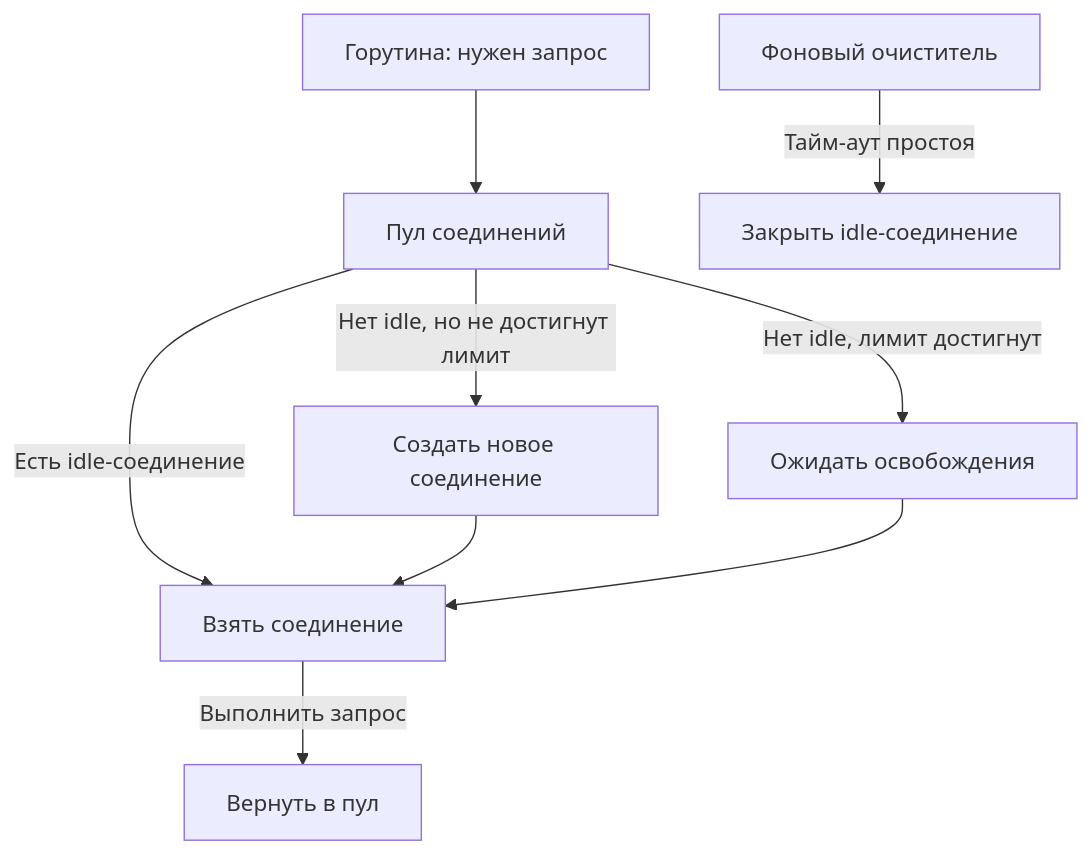
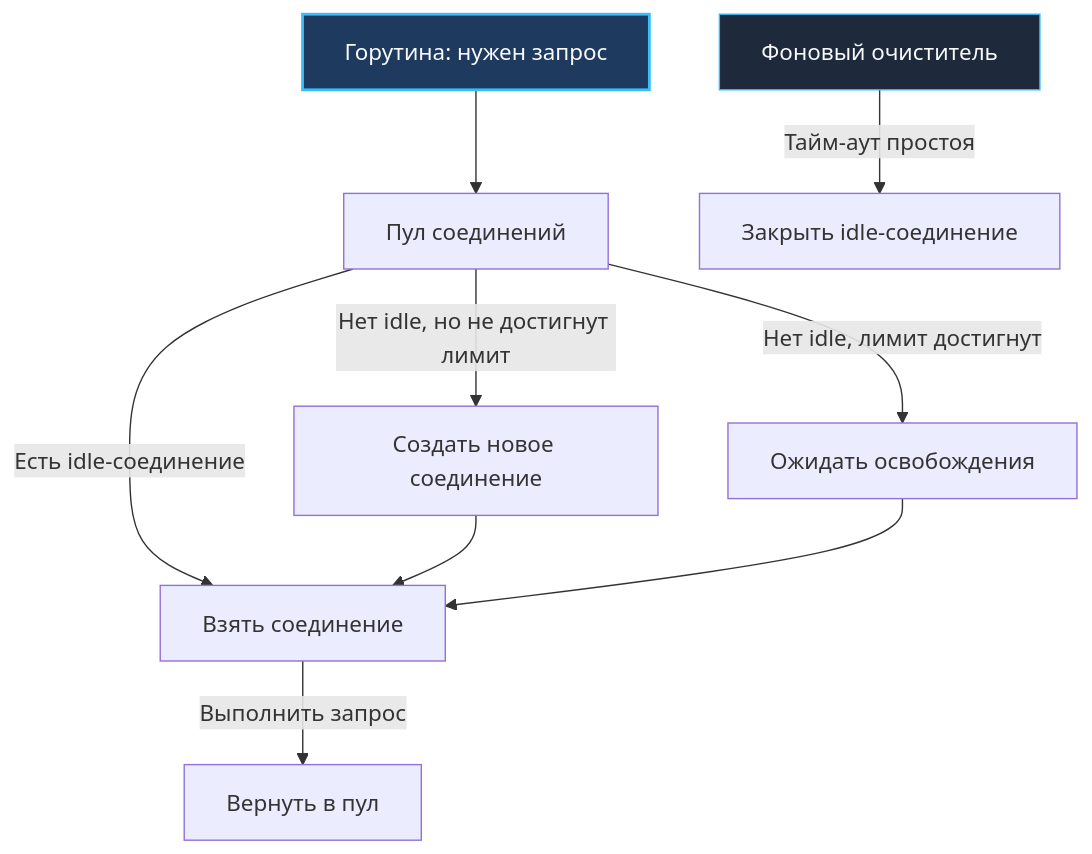
Before and after one commit to UnrealTemplier/go-textbook: the first of 2 diagrams in sources/16. Профилирование, отладка и производительность/07. IO и системный уровень/8. Connection pooling.md, drawn with Mermaid. The commit also changed other lines of this file and 1666 other files, not shown here.

First line of the commit message:
feat(mermaid): add semantic color classDef to 1369 colorless flowchart/graph diagrams

````diff
--- a/sources/16. Профилирование, отладка и производительность/07. IO и системный уровень/8. Connection pooling.md
+++ b/sources/16. Профилирование, отладка и производительность/07. IO и системный уровень/8. Connection pooling.md
@@ -27,12 +27,22 @@
 ```mermaid
 flowchart TD
-    Request["Горутина: нужен запрос"] --> Pool["Пул соединений"]
+    classDef process  fill:#1e293b,stroke:#38bdf8,stroke-width:1px,color:#f8fafc
+    classDef success  fill:#064e3b,stroke:#34d399,stroke-width:1px,color:#f8fafc
+    classDef error    fill:#7f1d1d,stroke:#f87171,stroke-width:1px,color:#f8fafc
+    classDef warning  fill:#78350f,stroke:#fbbf24,stroke-width:1px,color:#f8fafc
+    classDef entry    fill:#1e3a5f,stroke:#38bdf8,stroke-width:2px,color:#f8fafc
+    classDef aux      fill:#334155,stroke:#64748b,stroke-width:1px,color:#f8fafc
+    classDef system   fill:#312e81,stroke:#a78bfa,stroke-width:1px,color:#f8fafc
+    classDef data     fill:#132d29,stroke:#2dd4bf,stroke-width:1px,color:#f8fafc
+    classDef network  fill:#881337,stroke:#fb7185,stroke-width:1px,color:#f8fafc
+    classDef accent   fill:#1e1b4b,stroke:#818cf8,stroke-width:1px,color:#f8fafc
+    Request["Горутина: нужен запрос"]:::entry --> Pool["Пул соединений"]
     Pool -->|"Есть idle-соединение"| Use["Взять соединение"]
     Use -->|"Выполнить запрос"| Return["Вернуть в пул"]
     Pool -->|"Нет idle, но не достигнут лимит"| Create["Создать новое соединение"]
     Create --> Use
     Pool -->|"Нет idle, лимит достигнут"| Wait["Ожидать освобождения"]
     Wait --> Use
 
-    IdleMonitor["Фоновый очиститель"] -->|"Тайм-аут простоя"| Close["Закрыть idle-соединение"]
+    IdleMonitor["Фоновый очиститель"]:::process -->|"Тайм-аут простоя"| Close["Закрыть idle-соединение"]
 ```
````
